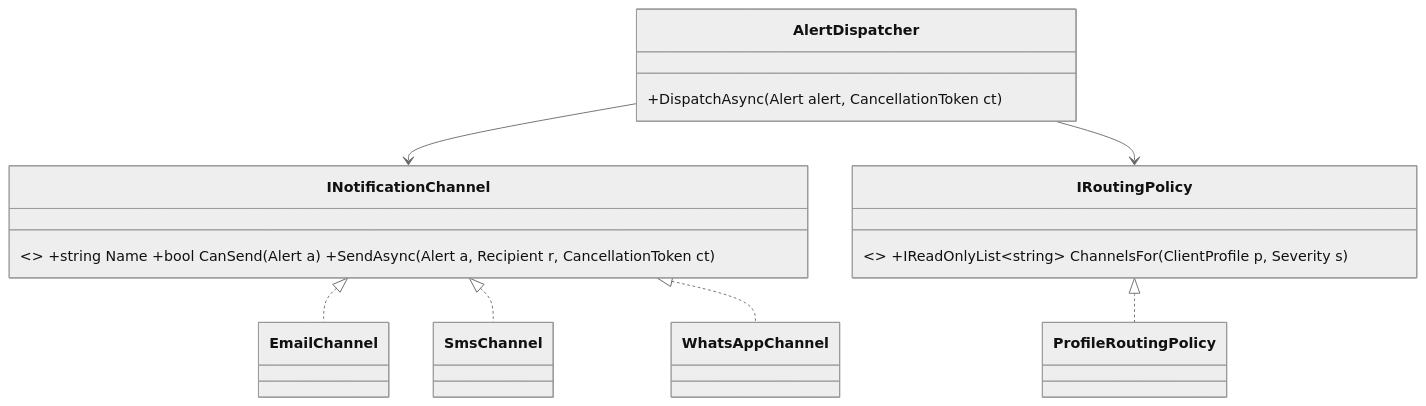
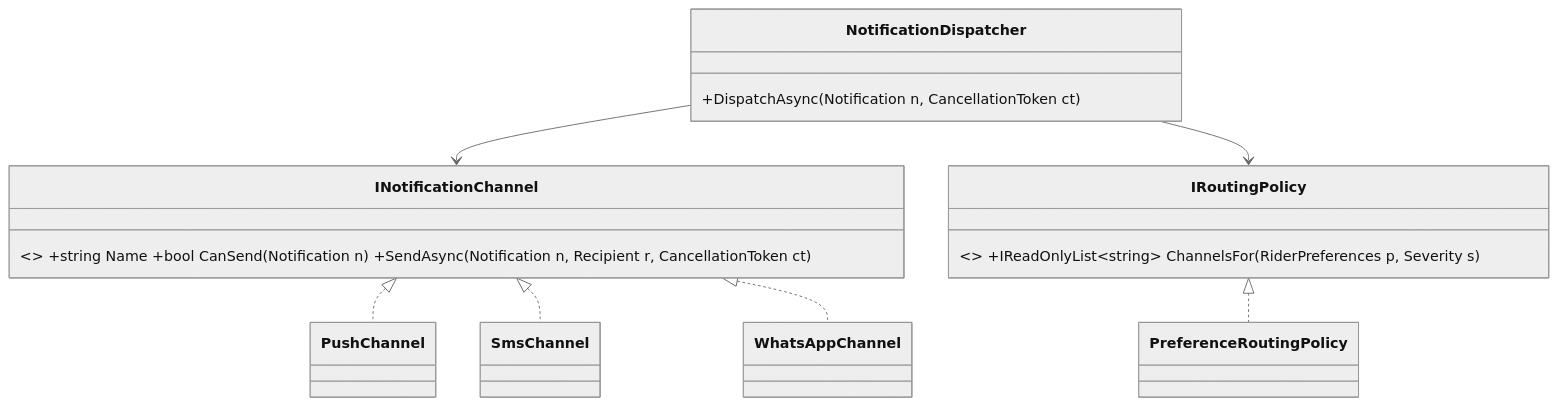
The third of 3 diagrams in content/lessons/m04/m04-ocp.md (rizwi0786/system-design-lab), drawn with Mermaid (neutral theme) before and after one commit. The commit also changed other lines of this file and 334 other files, not shown here.

````diff
--- a/content/lessons/m04/m04-ocp.md
+++ b/content/lessons/m04/m04-ocp.md
@@ -973,16 +1024,16 @@
 ```mermaid
 classDiagram
-    class AlertDispatcher { +DispatchAsync(Alert alert, CancellationToken ct) }
-    class INotificationChannel { <<interface>> +string Name +bool CanSend(Alert a) +SendAsync(Alert a, Recipient r, CancellationToken ct) }
-    class IRoutingPolicy { <<interface>> +IReadOnlyList~string~ ChannelsFor(ClientProfile p, Severity s) }
-    class ProfileRoutingPolicy
-    class EmailChannel
+    class NotificationDispatcher { +DispatchAsync(Notification n, CancellationToken ct) }
+    class INotificationChannel { <<interface>> +string Name +bool CanSend(Notification n) +SendAsync(Notification n, Recipient r, CancellationToken ct) }
+    class IRoutingPolicy { <<interface>> +IReadOnlyList~string~ ChannelsFor(RiderPreferences p, Severity s) }
+    class PreferenceRoutingPolicy
+    class PushChannel
     class SmsChannel
     class WhatsAppChannel
-    AlertDispatcher --> INotificationChannel
-    AlertDispatcher --> IRoutingPolicy
-    INotificationChannel <|.. EmailChannel
+    NotificationDispatcher --> INotificationChannel
+    NotificationDispatcher --> IRoutingPolicy
+    INotificationChannel <|.. PushChannel
     INotificationChannel <|.. SmsChannel
     INotificationChannel <|.. WhatsAppChannel
-    IRoutingPolicy <|.. ProfileRoutingPolicy
+    IRoutingPolicy <|.. PreferenceRoutingPolicy
 ```
````
